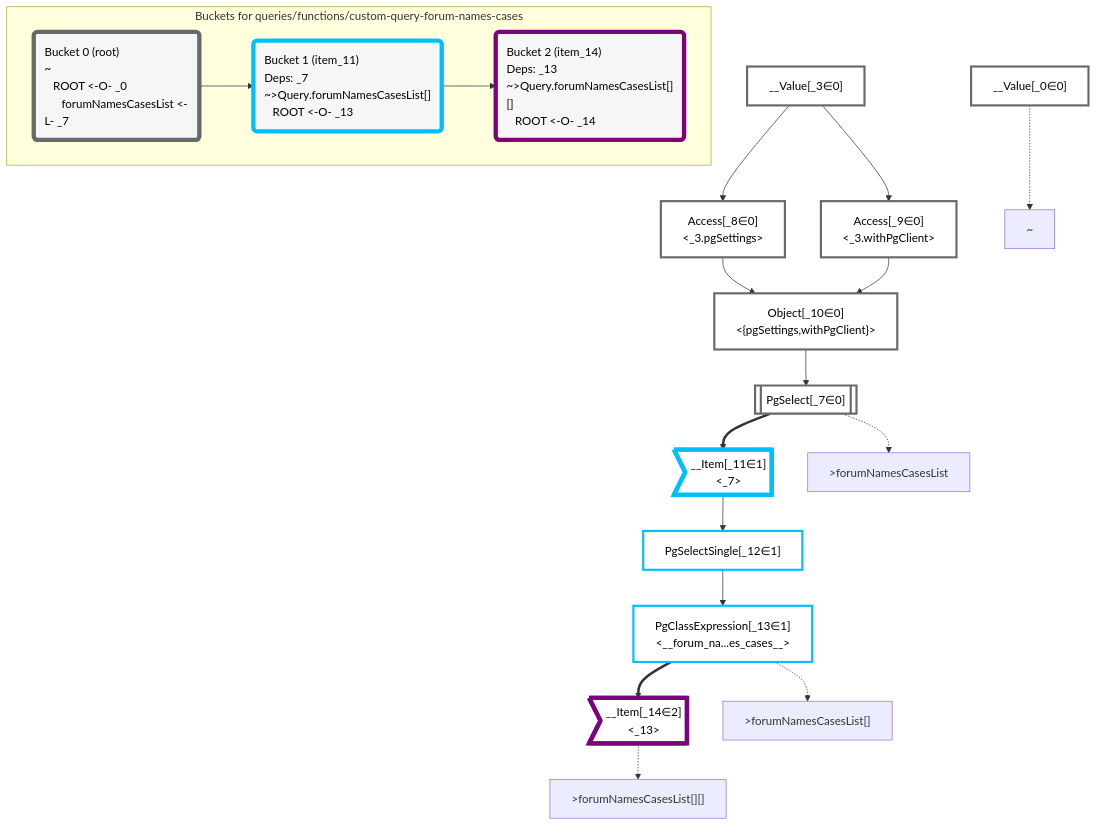
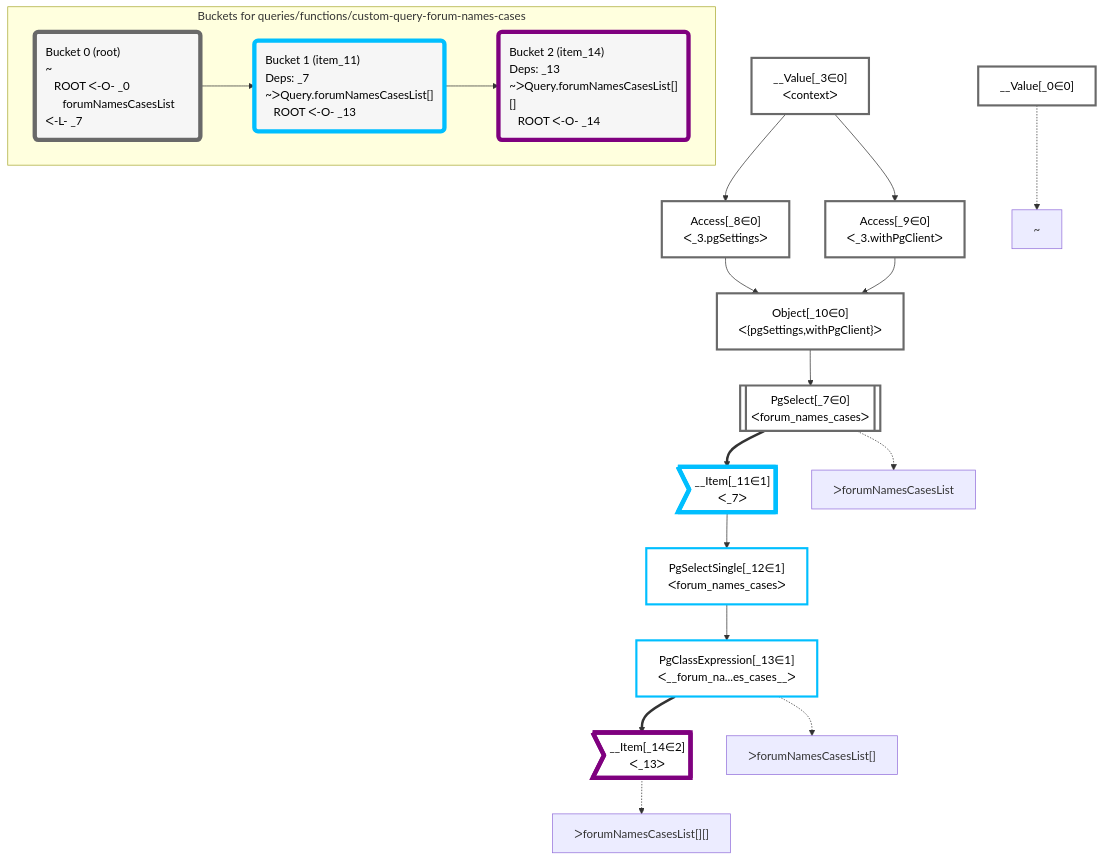
The diagram in packages/dataplan-pg/__tests__/queries/functions/custom-query-forum-names-cases.mermaid.md (graphile/crystal), drawn with Mermaid before and after one commit. The commit also changed 195 other files, not shown here.

````diff
--- a/packages/dataplan-pg/__tests__/queries/functions/custom-query-forum-names-cases.mermaid.md
+++ b/packages/dataplan-pg/__tests__/queries/functions/custom-query-forum-names-cases.mermaid.md
@@ -1,61 +1,61 @@
 ```mermaid
 graph TD
     classDef path fill:#eee,stroke:#000,color:#000
     classDef plan fill:#fff,stroke-width:3px,color:#000
     classDef itemplan fill:#fff,stroke-width:6px,color:#000
     classDef sideeffectplan fill:#f00,stroke-width:6px,color:#000
     classDef bucket fill:#f6f6f6,color:#000,stroke-width:6px,text-align:left
 
 
     %% define plans
     __Value_0["__Value[_0∈0]"]:::plan
-    __Value_3["__Value[_3∈0]<br /><context>"]:::plan
-    PgSelect_7[["PgSelect[_7∈0]<br /><forum_names_cases>"]]:::plan
-    Access_8["Access[_8∈0]<br /><_3.pgSettings>"]:::plan
-    Access_9["Access[_9∈0]<br /><_3.withPgClient>"]:::plan
-    Object_10["Object[_10∈0]<br /><{pgSettings,withPgClient}>"]:::plan
-    __Item_11>"__Item[_11∈1]<br /><_7>"]:::itemplan
-    PgSelectSingle_12["PgSelectSingle[_12∈1]<br /><forum_names_cases>"]:::plan
-    PgClassExpression_13["PgClassExpression[_13∈1]<br /><__forum_na...es_cases__>"]:::plan
-    __Item_14>"__Item[_14∈2]<br /><_13>"]:::itemplan
+    __Value_3["__Value[_3∈0]<br />ᐸcontextᐳ"]:::plan
+    PgSelect_7[["PgSelect[_7∈0]<br />ᐸforum_names_casesᐳ"]]:::plan
+    Access_8["Access[_8∈0]<br />ᐸ_3.pgSettingsᐳ"]:::plan
+    Access_9["Access[_9∈0]<br />ᐸ_3.withPgClientᐳ"]:::plan
+    Object_10["Object[_10∈0]<br />ᐸ{pgSettings,withPgClient}ᐳ"]:::plan
+    __Item_11>"__Item[_11∈1]<br />ᐸ_7ᐳ"]:::itemplan
+    PgSelectSingle_12["PgSelectSingle[_12∈1]<br />ᐸforum_names_casesᐳ"]:::plan
+    PgClassExpression_13["PgClassExpression[_13∈1]<br />ᐸ__forum_na...es_cases__ᐳ"]:::plan
+    __Item_14>"__Item[_14∈2]<br />ᐸ_13ᐳ"]:::itemplan
 
     %% plan dependencies
     Object_10 --> PgSelect_7
     __Value_3 --> Access_8
     __Value_3 --> Access_9
     Access_8 --> Object_10
     Access_9 --> Object_10
     PgSelect_7 ==> __Item_11
     __Item_11 --> PgSelectSingle_12
     PgSelectSingle_12 --> PgClassExpression_13
     PgClassExpression_13 ==> __Item_14
 
     %% plan-to-path relationships
     P_0["~"]
     __Value_0 -.-> P_0
-    P_7[">forumNamesCasesList"]
+    P_7["ᐳforumNamesCasesList"]
     PgSelect_7 -.-> P_7
-    P_13[">forumNamesCasesList[]"]
+    P_13["ᐳforumNamesCasesList[]"]
     PgClassExpression_13 -.-> P_13
-    P_14[">forumNamesCasesList[][]"]
+    P_14["ᐳforumNamesCasesList[][]"]
     __Item_14 -.-> P_14
 
     %% allocate buckets
     classDef bucket0 stroke:#696969
     class __Value_0,__Value_3,PgSelect_7,Access_8,Access_9,Object_10 bucket0
     classDef bucket1 stroke:#00bfff
     class __Item_11,PgSelectSingle_12,PgClassExpression_13 bucket1
     classDef bucket2 stroke:#7f007f
     class __Item_14 bucket2
 
     subgraph "Buckets for queries/functions/custom-query-forum-names-cases"
-    Bucket0("Bucket 0 (root)<br />~<br />⠀ROOT <-O- _0<br />⠀⠀forumNamesCasesList <-L- _7"):::bucket
+    Bucket0("Bucket 0 (root)<br />~<br />⠀ROOT ᐸ-O- _0<br />⠀⠀forumNamesCasesList ᐸ-L- _7"):::bucket
     style Bucket0 stroke:#696969
-    Bucket1("Bucket 1 (item_11)<br />Deps: _7<br />~>Query.forumNamesCasesList[]<br />⠀ROOT <-O- _13"):::bucket
+    Bucket1("Bucket 1 (item_11)<br />Deps: _7<br />~ᐳQuery.forumNamesCasesList[]<br />⠀ROOT ᐸ-O- _13"):::bucket
     style Bucket1 stroke:#00bfff
     Bucket0 --> Bucket1
-    Bucket2("Bucket 2 (item_14)<br />Deps: _13<br />~>Query.forumNamesCasesList[][]<br />⠀ROOT <-O- _14"):::bucket
+    Bucket2("Bucket 2 (item_14)<br />Deps: _13<br />~ᐳQuery.forumNamesCasesList[][]<br />⠀ROOT ᐸ-O- _14"):::bucket
     style Bucket2 stroke:#7f007f
     Bucket1 --> Bucket2
     end
 ```
````
